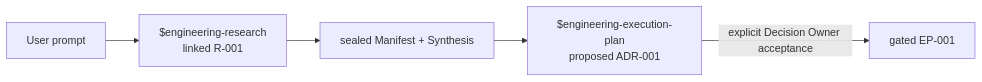
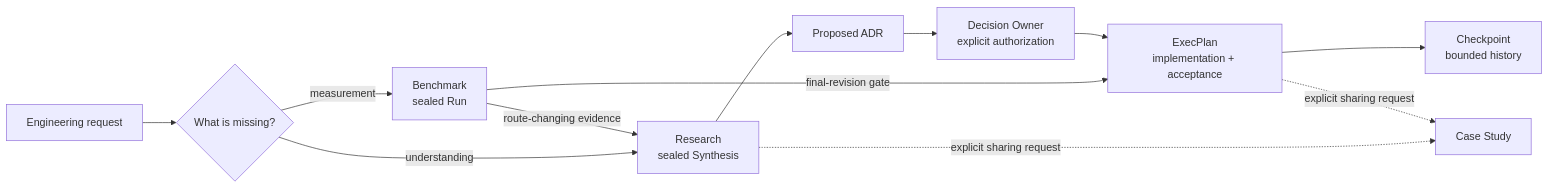
One commit to XiaoWeiKIN/RepoFoundryAI changed the second of 2 diagrams in README.md. Above: the diagram before and after it, drawn with Mermaid. The commit also changed other lines of this file and 36 other files, not shown here.

````diff
--- a/README.md
+++ b/README.md
@@ -265,7 +61,14 @@
 ```mermaid
 flowchart LR
-    P["User prompt"] --> R["$engineering-research<br/>linked R-001"]
-    R --> S["sealed Manifest + Synthesis"]
-    S --> A["$engineering-execution-plan<br/>proposed ADR-001"]
-    A -->|"explicit Decision Owner acceptance"| E["gated EP-001"]
+    U["Engineering request"] --> Q{"What is missing?"}
+    Q -->|"measurement"| B["Benchmark<br/>sealed Run"]
+    Q -->|"understanding"| R["Research<br/>sealed Synthesis"]
+    B -->|"route-changing evidence"| R
+    B -->|"final-revision gate"| E
+    R --> A["Proposed ADR"]
+    A --> O["Decision Owner<br/>explicit authorization"]
+    O --> E["ExecPlan<br/>implementation + acceptance"]
+    E --> C["Checkpoint<br/>bounded history"]
+    R -. "explicit sharing request" .-> S["Case Study"]
+    E -. "explicit sharing request" .-> S
 ```
````
